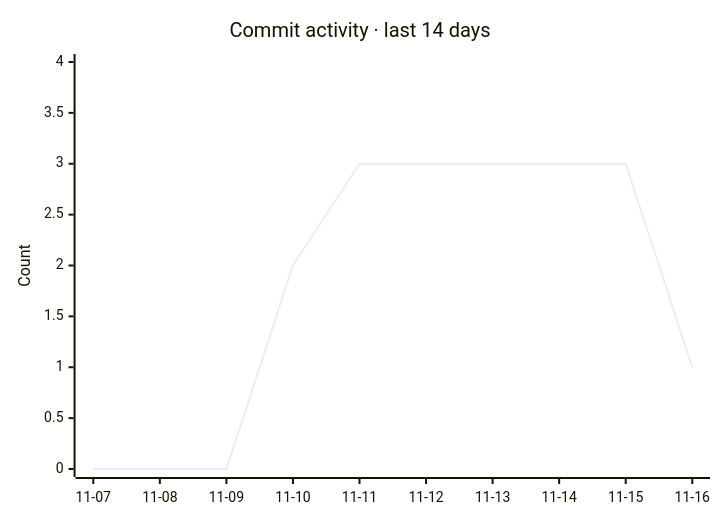
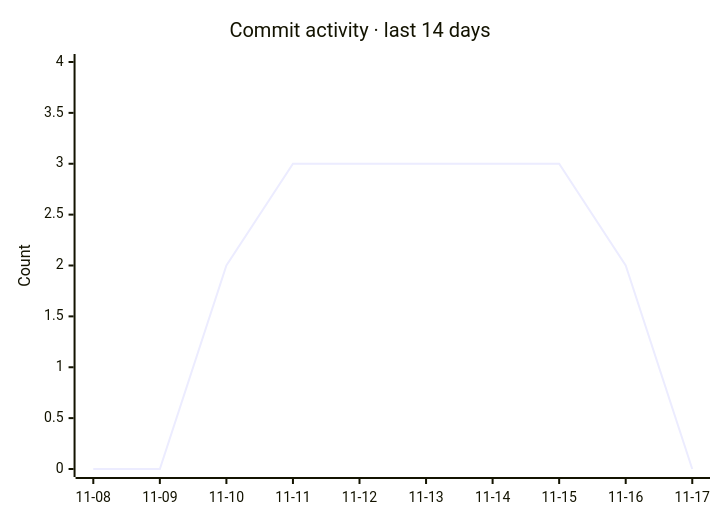
The second of 2 diagrams in README.md (razzaqinspires/whiskay-bot), drawn with Mermaid before and after one commit. The commit also changed other lines of this file and 2 other files, not shown here.

Commit message:
chore(metrics): refresh GitHub traffic and update timestamp [skip ci]

````diff
--- a/README.md
+++ b/README.md
@@ -329,7 +329,7 @@
 ```mermaid
 xychart-beta
     title "Commit activity · last 14 days"
-    x-axis ["11-07", "11-08", "11-09", "11-10", "11-11", "11-12", "11-13", "11-14", "11-15", "11-16"]
+    x-axis ["11-08", "11-09", "11-10", "11-11", "11-12", "11-13", "11-14", "11-15", "11-16", "11-17"]
     y-axis "Count" 0 --> 4
-    line [0, 0, 0, 2, 3, 3, 3, 3, 3, 1]
+    line [0, 0, 2, 3, 3, 3, 3, 3, 2, 0]
 ```
````
